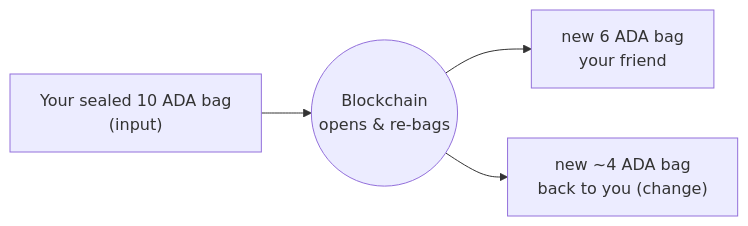
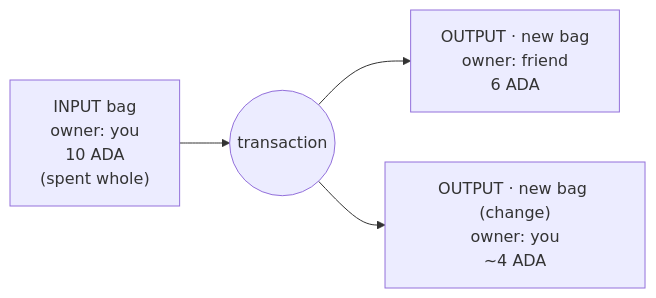
The first of 3 diagrams in docs/developers/onboarding/lectures/beginner/2-utxos-and-transactions.md (cardano-foundation/developer-portal), drawn with Mermaid before and after one commit.

Commit message:
Label inputs, outputs and owners in the UTxO diagram

````diff
--- a/docs/developers/onboarding/lectures/beginner/2-utxos-and-transactions.md
+++ b/docs/developers/onboarding/lectures/beginner/2-utxos-and-transactions.md
@@ -30,6 +30,6 @@
 ```mermaid
 flowchart LR
-    I["Your sealed 10 ADA bag<br/>(input)"] --> TX(( Blockchain<br/>opens & re-bags ))
-    TX --> O1["new 6 ADA bag<br/>your friend"]
-    TX --> O2["new ~4 ADA bag<br/>back to you (change)"]
+    I["INPUT bag<br/>owner: you<br/>10 ADA<br/>(spent whole)"] --> TX(( transaction ))
+    TX --> O1["OUTPUT · new bag<br/>owner: friend<br/>6 ADA"]
+    TX --> O2["OUTPUT · new bag (change)<br/>owner: you<br/>~4 ADA"]
 ```
````
